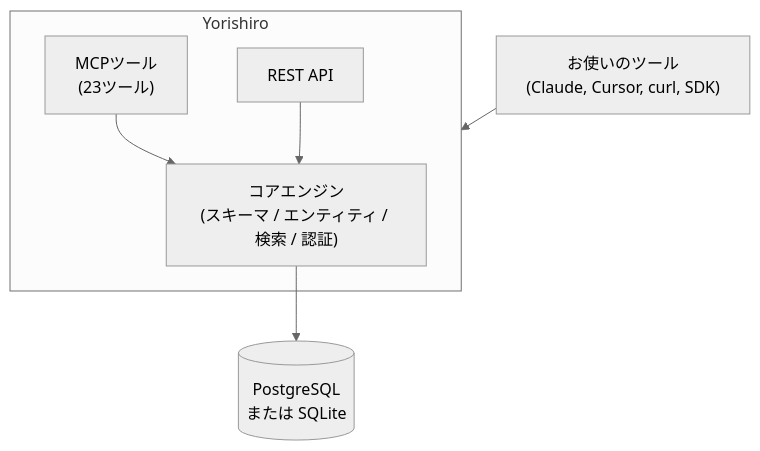
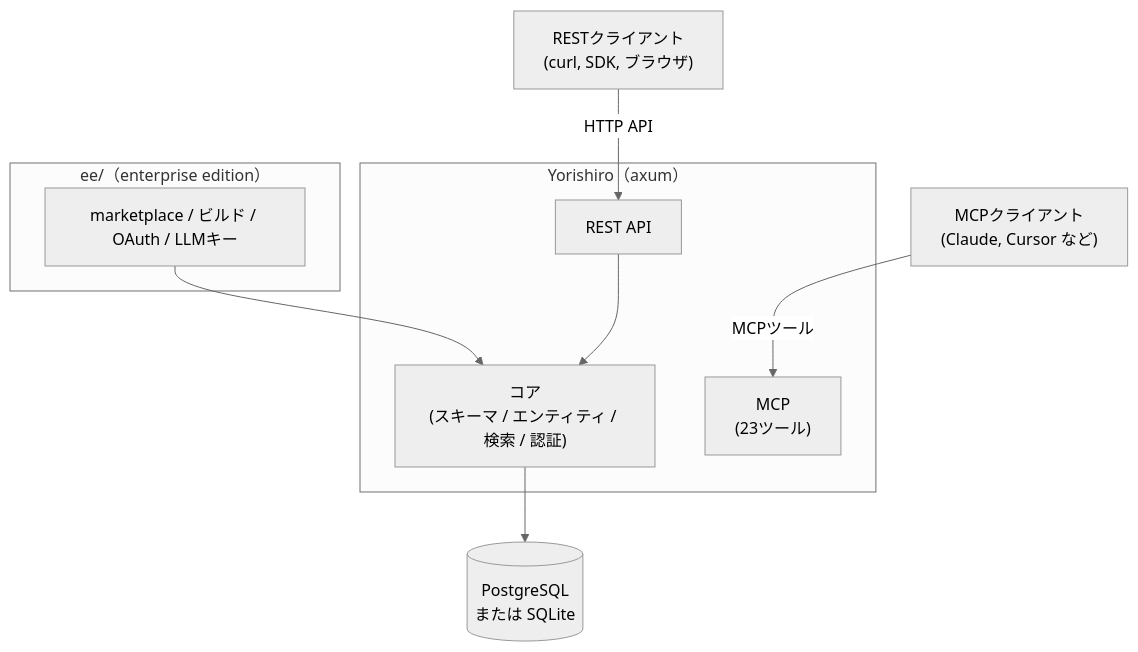
Before and after one commit to yorishiro-ai/yorishiro: the diagram in README.jp.md, drawn with Mermaid (neutral theme). The commit also changed 2 other files, not shown here.

Commit message:
fix: correct architecture diagram and add swagger dependency
- README architecture diagram: MCP client → MCP tools, REST client → REST API (not both to Core)
- Add Swagger 0.3 to Cargo.toml for OpenAPI spec generation

````diff
--- a/README.jp.md
+++ b/README.jp.md
@@ -19,17 +19,23 @@
 ```mermaid
 flowchart TD
-    Client["お使いのツール<br/>(Claude, Cursor, curl, SDK)"]
+    MCPClient["MCPクライアント<br/>(Claude, Cursor など)"]
+    RESTClient["RESTクライアント<br/>(curl, SDK, ブラウザ)"]
 
-    subgraph Server["Yorishiro"]
-        Core["コアエンジン<br/>(スキーマ / エンティティ / 検索 / 認証)"]
-        MCP["MCPツール<br/>(23ツール)"]
+    subgraph Enterprise["ee/（enterprise edition）"]
+        EnterpriseREST["marketplace / ビルド / OAuth / LLMキー"]
+    end
+
+    subgraph Server["Yorishiro（axum）"]
+        Core["コア<br/>(スキーマ / エンティティ / 検索 / 認証)"]
+        MCP["MCP<br/>(23ツール)"]
         REST["REST API"]
     end
 
     DB[("PostgreSQL<br/>または SQLite")]
 
-    Client --> Server
-    MCP --> Core
+    MCPClient -->|"MCPツール"| MCP
+    RESTClient -->|"HTTP API"| REST
     REST --> Core
+    EnterpriseREST --> Core
     Core --> DB
 ```
````
